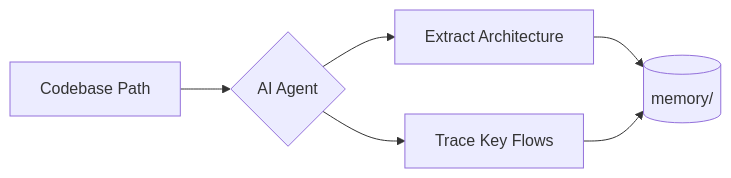
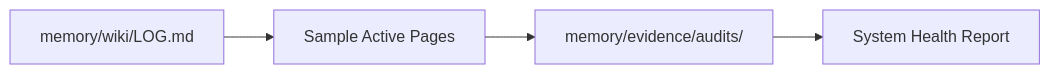
Before and after one commit to latentarts/memoid: the fourth of 4 diagrams in README.md, drawn with Mermaid. The commit also changed other lines of this file and 5 other files, not shown here.

````diff
--- a/README.md
+++ b/README.md
@@ -244,8 +184,6 @@
 ```mermaid
 graph LR
-    Path[Codebase Path] --> Agent{AI Agent}
-    Agent --> Arch[Extract Architecture]
-    Agent --> Flows[Trace Key Flows]
-    Arch --> Memory[(memory/)]
-    Flows --> Memory
+    A[memory/wiki/LOG.md] --> B[Sample Active Pages]
+    B --> C[memory/evidence/audits/]
+    C --> D[System Health Report]
 ```
````
